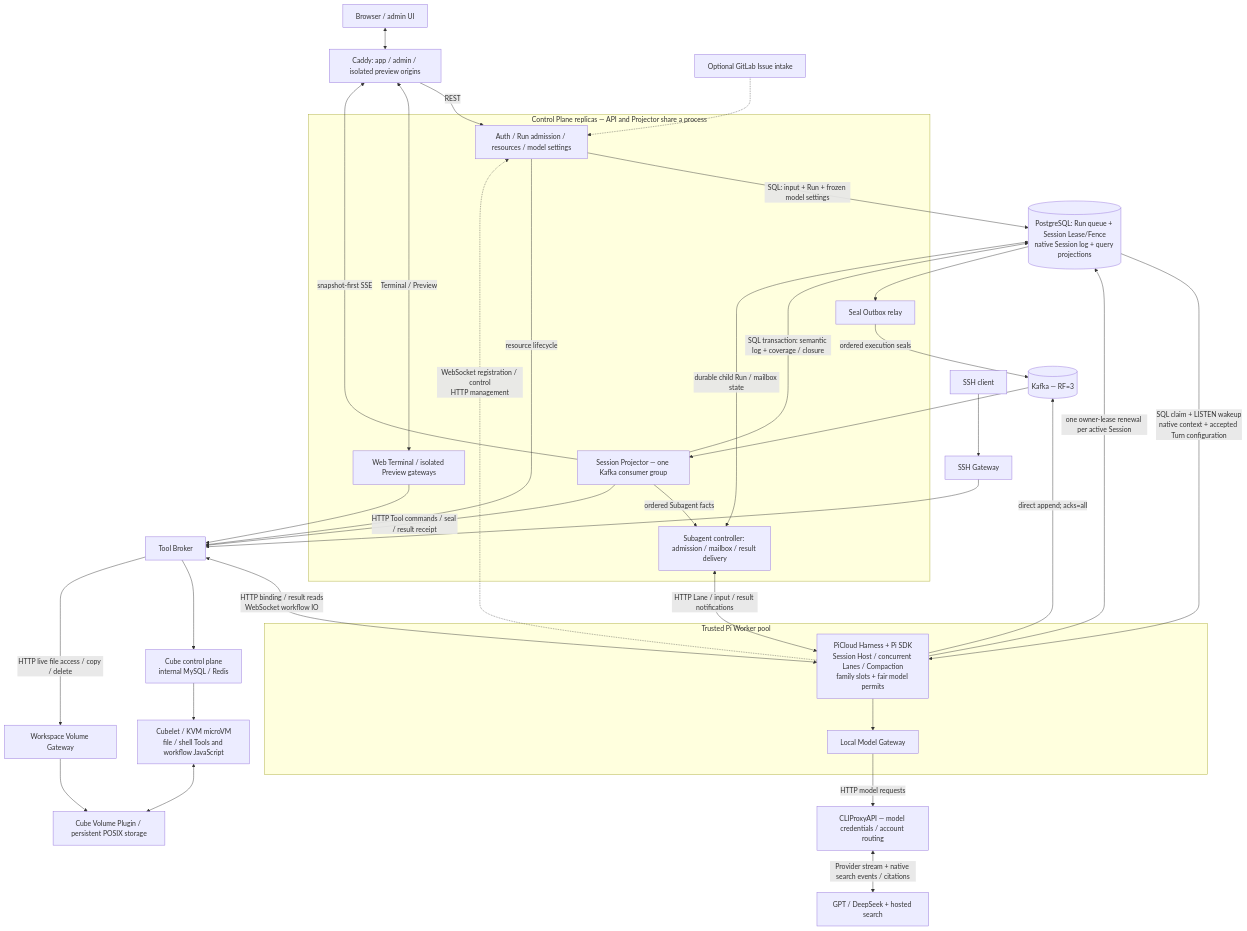
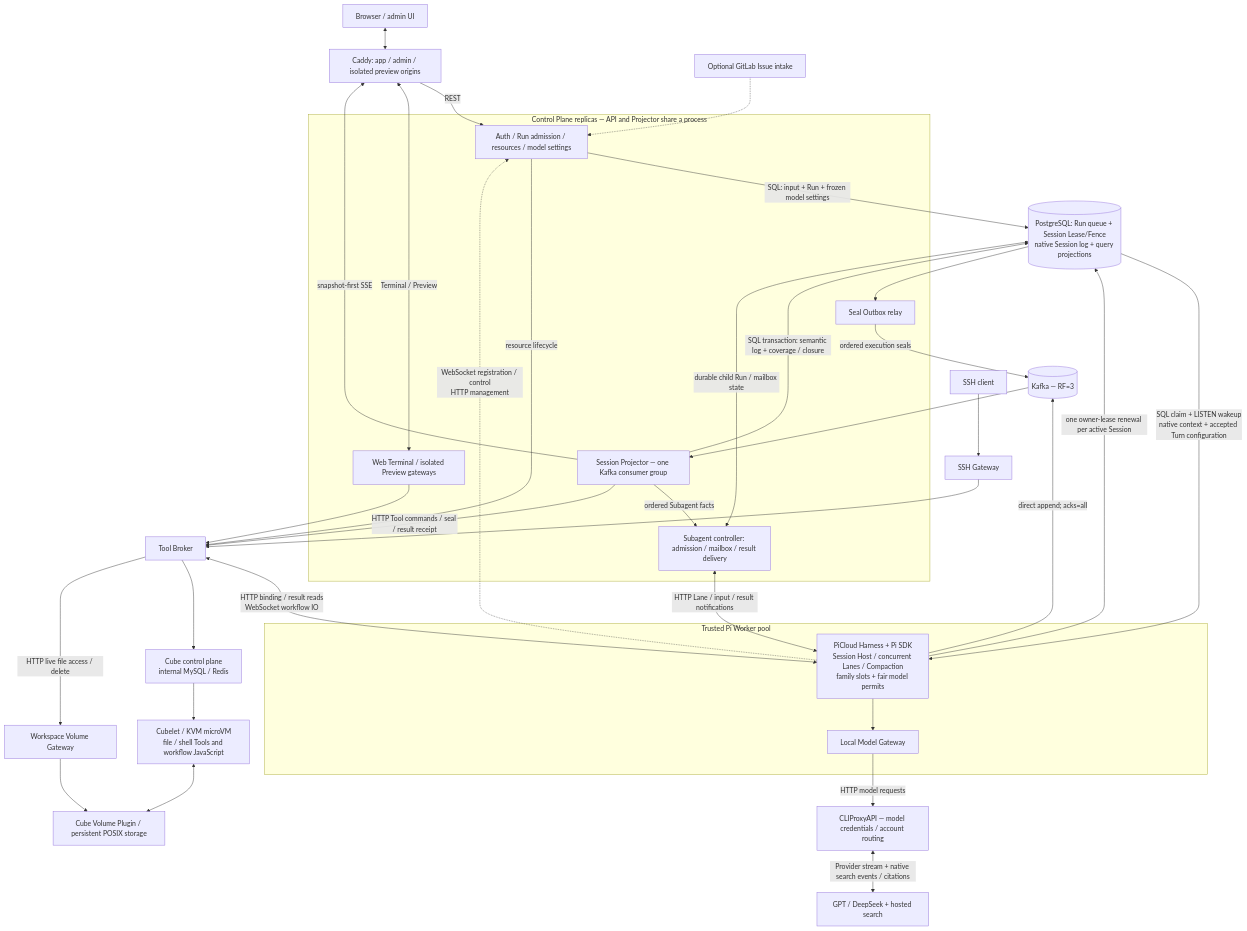
The diagram in README.md (cookerpapa/pi-cloud), drawn with Mermaid before and after one commit. The commit also changed other lines of this file and 77 other files, not shown here.

````diff
--- a/README.md
+++ b/README.md
@@ -31,44 +31,44 @@
 ```mermaid
 flowchart TD
   B["Browser / admin UI"] <--> E["Caddy: app / admin / isolated preview origins"]
   subgraph CP["Control Plane replicas — API and Projector share a process"]
     API["Auth / Run admission / resources / model settings"]
     P["Session Projector — one Kafka consumer group"]
     SC["Subagent controller: admission / mailbox / result delivery"]
     O["Seal Outbox relay"]
     G["Web Terminal / isolated Preview gateways"]
   end
   E -->|"REST"| API
   E <-->|"Terminal / Preview"| G
   P -->|"snapshot-first SSE"| E
   PG[("PostgreSQL: Run queue + Session Lease/Fence<br/>native Session log + query projections")]
   API -->|"SQL: input + Run + frozen model settings"| PG
   PG --> O
   subgraph WPOOL["Trusted Pi Worker pool"]
     W["PiCloud Harness + Pi SDK<br/>Session Host / concurrent Lanes / Compaction<br/>family slots + fair model permits"]
     M["Local Model Gateway"]
     W --> M
   end
   PG -->|"SQL claim + LISTEN wakeup<br/>native context + accepted Turn configuration"| W
   W -.->|"WebSocket registration / control<br/>HTTP management"| API
   W -->|"one owner-lease renewal per active Session"| PG
   M -->|"HTTP model requests"| C["CLIProxyAPI — model credentials / account routing"]
   C <-->|"Provider stream + native search events / citations"| L["GPT / DeepSeek + hosted search"]
   W -->|"direct append; acks=all"| K[("Kafka — RF=3")]
   O -->|"ordered execution seals"| K
   K --> P
   P -->|"SQL transaction: semantic log + coverage / closure"| PG
   P -->|"ordered Subagent facts"| SC
   SC <-->|"durable child Run / mailbox state"| PG
   SC <-->|"HTTP Lane / input / result notifications"| W
   P -->|"HTTP Tool commands / seal / result receipt"| TB["Tool Broker"]
   TB <-->|"HTTP binding / result reads<br/>WebSocket workflow IO"| W
   API -->|"resource lifecycle"| TB
   G --> TB
   S["SSH client"] --> SG["SSH Gateway"] --> TB
   TB --> CC["Cube control plane<br/>internal MySQL / Redis"]
   CC --> VM["Cubelet / KVM microVM<br/>file / shell Tools and workflow JavaScript"]
   VM <--> V["Cube Volume Plugin / persistent POSIX storage"]
-  TB -->|"HTTP live file access / copy / delete"| VG["Workspace Volume Gateway"] --> V
+  TB -->|"HTTP live file access / delete"| VG["Workspace Volume Gateway"] --> V
   GL["Optional GitLab Issue intake"] -.-> API
 ```
````
